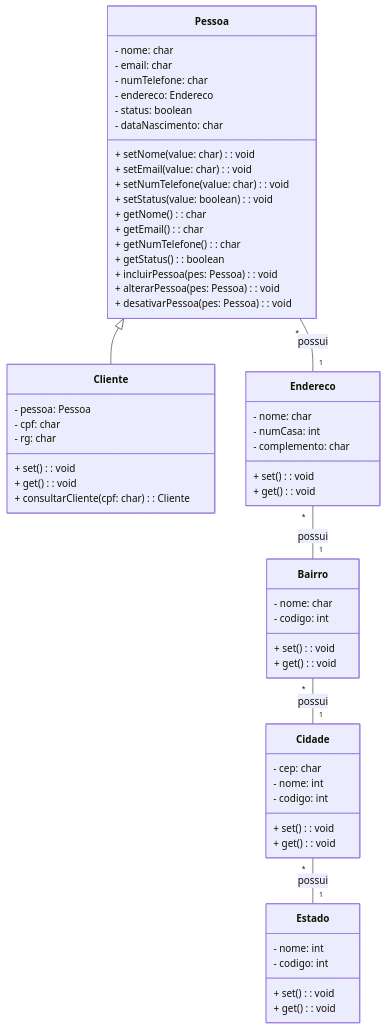
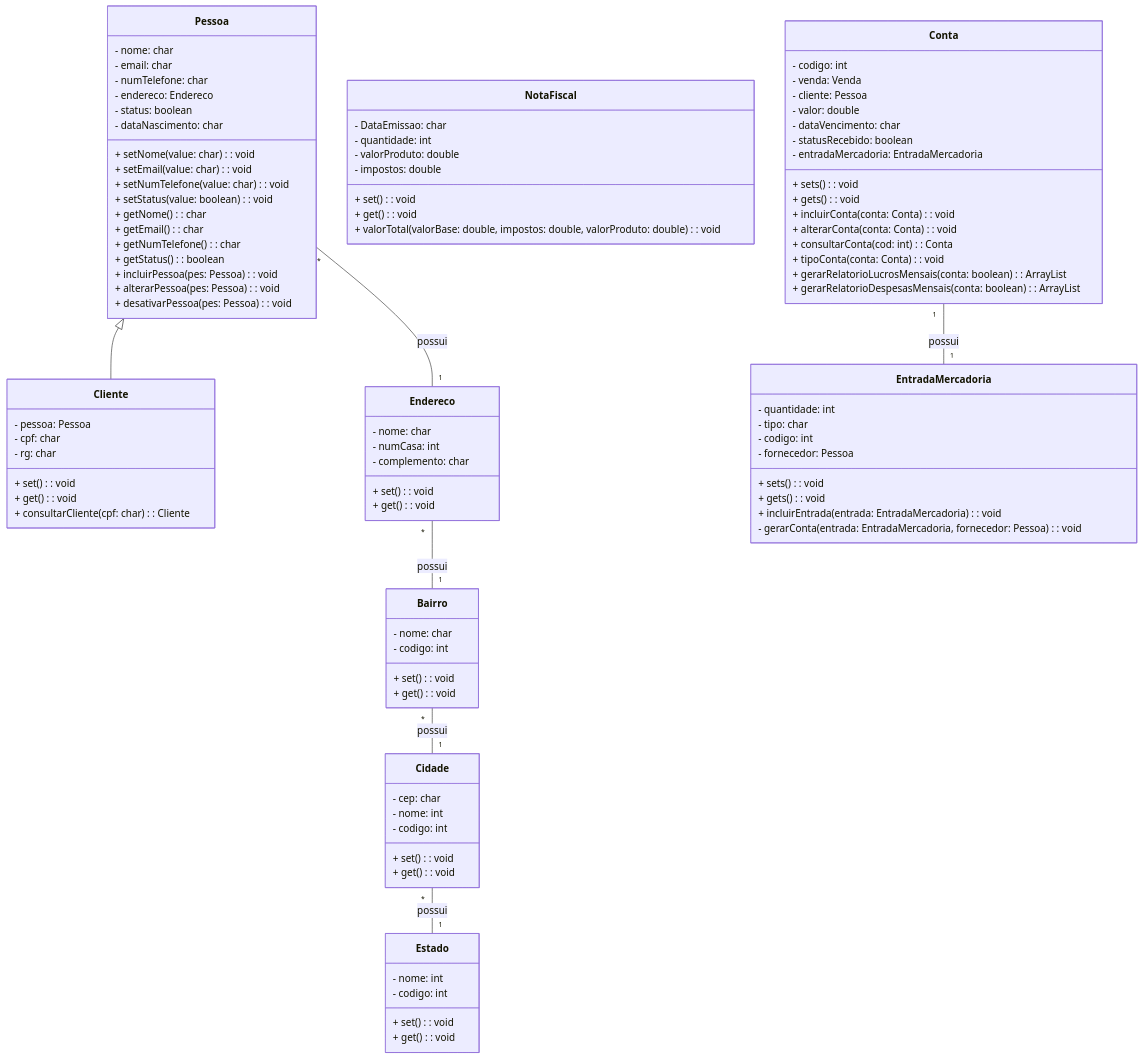
One commit to melquetrindade/sigQueijaria changed the first of 2 diagrams in doc-modelos.md. Above: the diagram before and after it, drawn with Mermaid.

````diff
--- a/doc-modelos.md
+++ b/doc-modelos.md
@@ -75,9 +75,53 @@
     + get(): void
   }
 
+  class NotaFiscal {
+    - DataEmissao: char
+    - quantidade: int
+    - valorProduto: double
+    - impostos: double
+    
+    + set(): void
+    + get(): void
+    + valorTotal(valorBase: double, impostos: double, valorProduto: double): void
+  }
+
+  class EntradaMercadoria {
+    - quantidade: int
+    - tipo: char
+    - codigo: int
+    - fornecedor: Pessoa
+    
+    + sets(): void
+    + gets(): void
+    + incluirEntrada(entrada: EntradaMercadoria): void
+    - gerarConta(entrada: EntradaMercadoria, fornecedor: Pessoa): void
+  }
+
+  class Conta {
+    - codigo: int
+    - venda: Venda
+    - cliente: Pessoa
+    - valor: double
+    - dataVencimento: char
+    - statusRecebido: boolean
+    - entradaMercadoria: EntradaMercadoria
+    
+    + sets(): void
+    + gets(): void
+    + incluirConta(conta: Conta): void
+    + alterarConta(conta: Conta): void
+    + consultarConta(cod: int): Conta
+    + tipoConta(conta: Conta): void
+    + gerarRelatorioLucrosMensais(conta: boolean): ArrayList
+    + gerarRelatorioDespesasMensais(conta: boolean): ArrayList
+  }
+
+
   Pessoa "*" -- "1" Endereco : possui
   Pessoa <|-- Cliente
   Endereco "*" -- "1" Bairro : possui
   Bairro "*" -- "1" Cidade : possui
   Cidade "*" -- "1" Estado : possui
+  Conta "1" -- "1" EntradaMercadoria : possui
 ```
````
